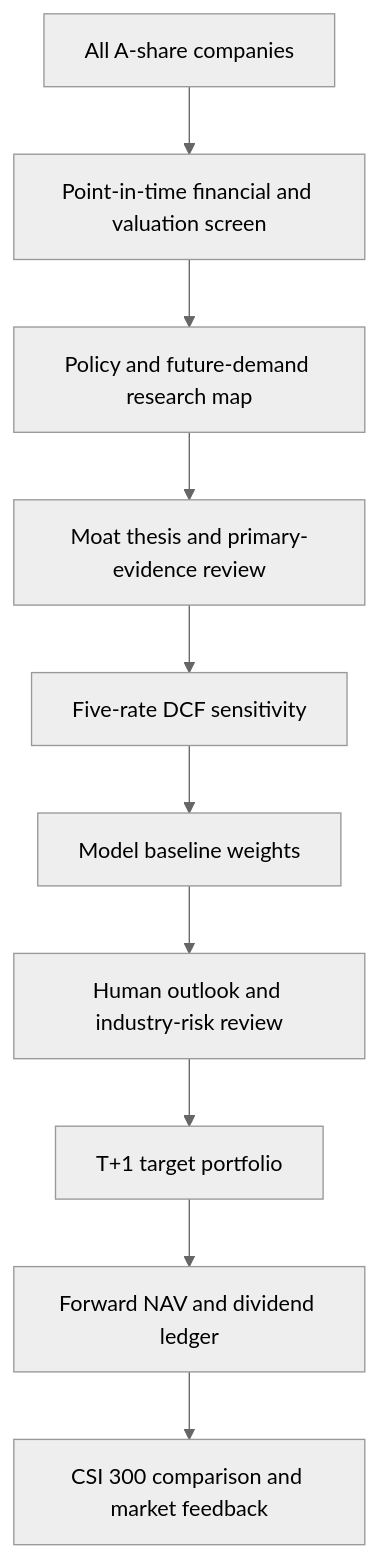
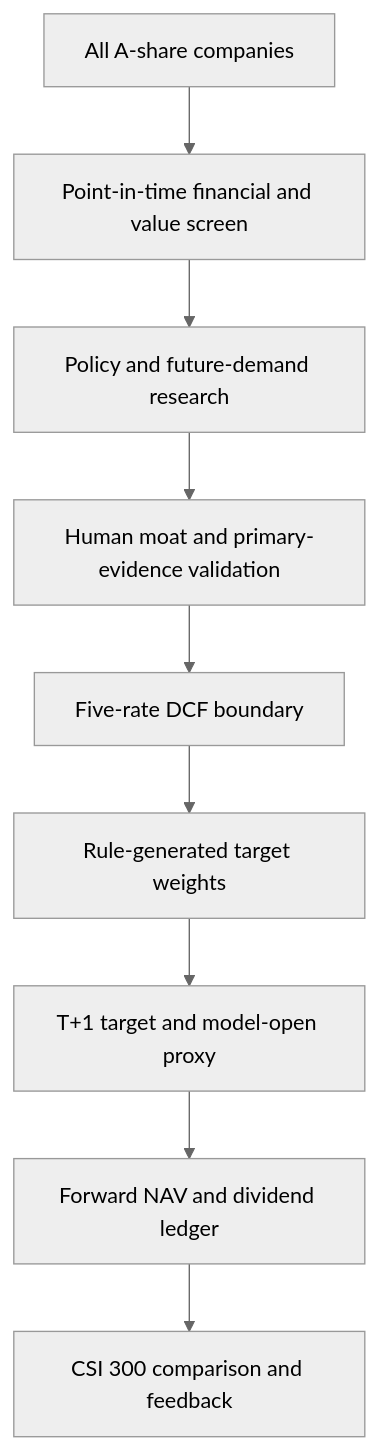
One commit to MIngQian04/a-share-moat-value-strategy changed the third of 3 diagrams in README.md. Above: the diagram before and after it, drawn with Mermaid (neutral theme). The commit also changed other lines of this file and 5 other files, not shown here.

````diff
--- a/README.md
+++ b/README.md
@@ -161,12 +138,11 @@
 ```mermaid
 flowchart TD
-    A[All A-share companies] --> B[Point-in-time financial and valuation screen]
-    B --> C[Policy and future-demand research map]
-    C --> D[Moat thesis and primary-evidence review]
-    D --> E[Five-rate DCF sensitivity]
-    E --> F[Model baseline weights]
-    F --> G[Human outlook and industry-risk review]
-    G --> H[T+1 target portfolio]
-    H --> I[Forward NAV and dividend ledger]
-    I --> J[CSI 300 comparison and market feedback]
+    A["All A-share companies"] --> B["Point-in-time financial and value screen"]
+    B --> C["Policy and future-demand research"]
+    C --> D["Human moat and primary-evidence validation"]
+    D --> E["Five-rate DCF boundary"]
+    E --> F["Rule-generated target weights"]
+    F --> G["T+1 target and model-open proxy"]
+    G --> H["Forward NAV and dividend ledger"]
+    H --> I["CSI 300 comparison and feedback"]
 ```
````
